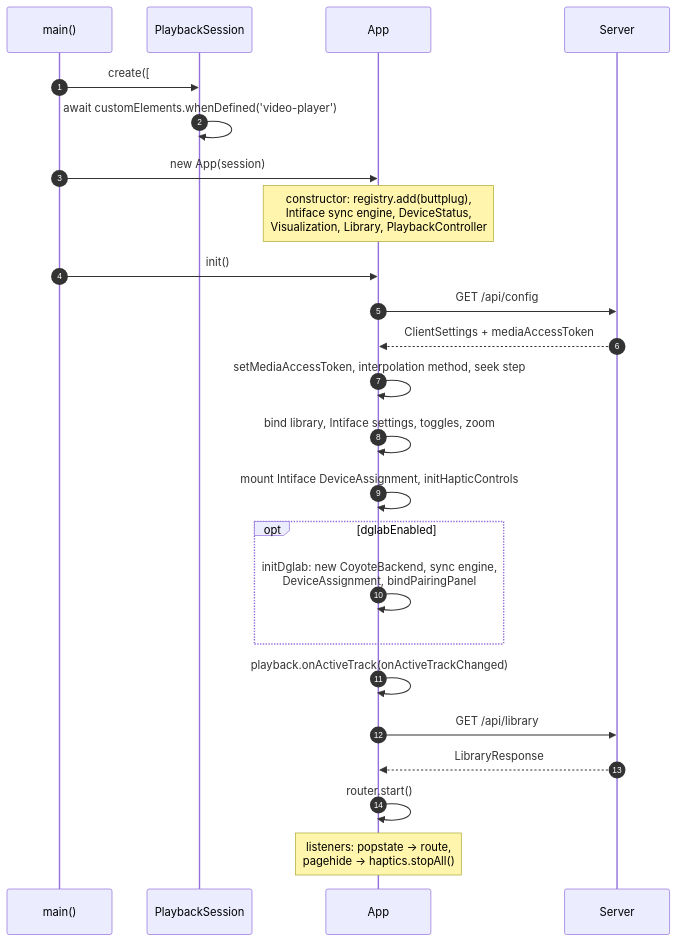
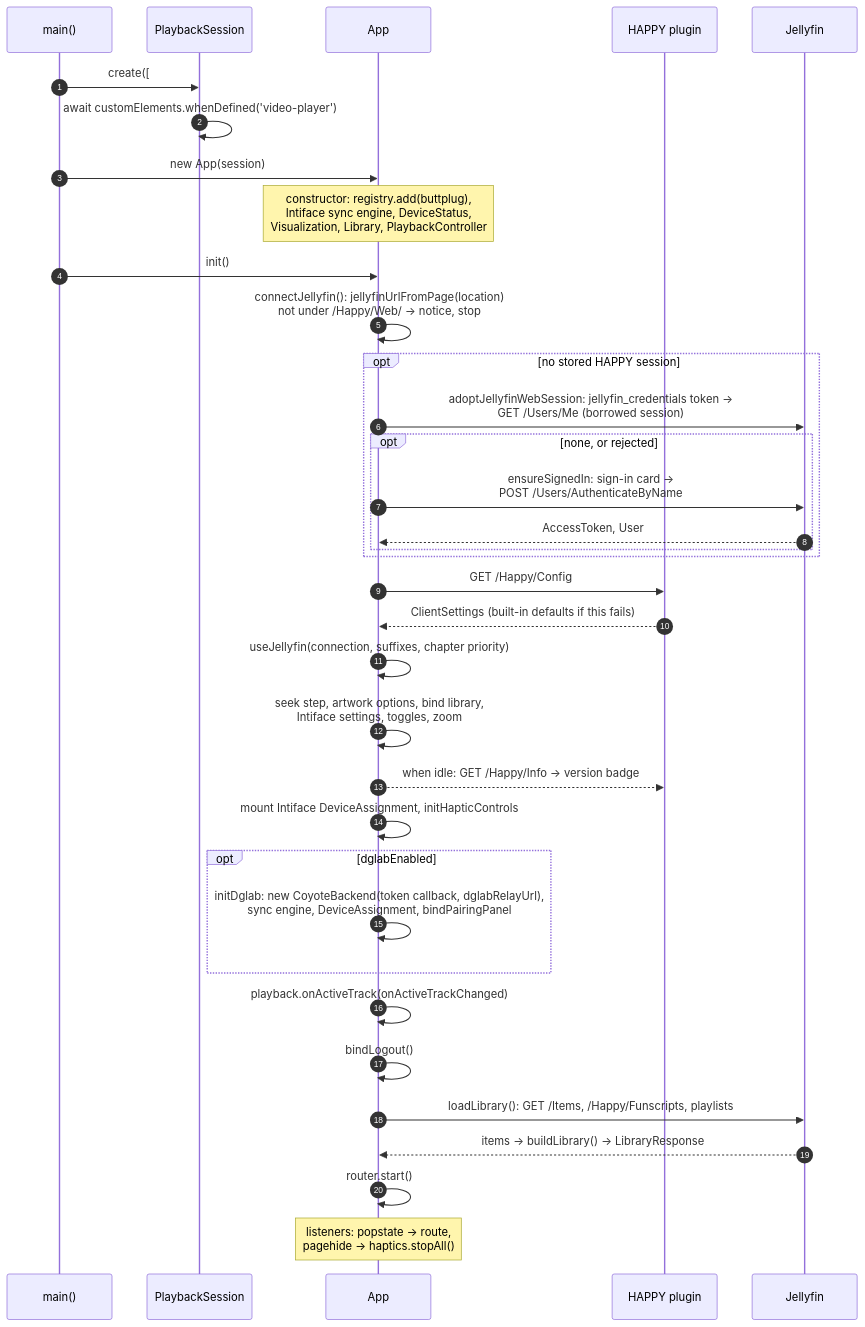
The second of 5 diagrams in docs/developer/client.md (lumbar-spine-support/docker-haptic-player), drawn with Mermaid before and after one commit. The commit also changed other lines of this file and 219 other files, not shown here.

````diff
--- a/docs/developer/client.md
+++ b/docs/developer/client.md
@@ -65,27 +81,38 @@
 ```mermaid
 sequenceDiagram
   autonumber
   participant M as main()
   participant PS as PlaybackSession
   participant A as App
-  participant S as Server
+  participant P as HAPPY plugin
+  participant J as Jellyfin
 
   M->>PS: create([#player-slot-a, #player-slot-b])
   PS->>PS: await customElements.whenDefined('video-player')
   M->>A: new App(session)
   Note over A: constructor: registry.add(buttplug),<br/>Intiface sync engine, DeviceStatus,<br/>Visualization, Library, PlaybackController
   M->>A: init()
-  A->>S: GET /api/config
-  S-->>A: ClientSettings + mediaAccessToken
-  A->>A: setMediaAccessToken, interpolation method, seek step
-  A->>A: bind library, Intiface settings, toggles, zoom
+  A->>A: connectJellyfin(): jellyfinUrlFromPage(location)<br/>not under /Happy/Web/ → notice, stop
+  opt no stored HAPPY session
+    A->>J: adoptJellyfinWebSession: jellyfin_credentials token →<br/>GET /Users/Me (borrowed session)
+    opt none, or rejected
+      A->>J: ensureSignedIn: sign-in card →<br/>POST /Users/AuthenticateByName
+      J-->>A: AccessToken, User
+    end
+  end
+  A->>P: GET /Happy/Config
+  P-->>A: ClientSettings (built-in defaults if this fails)
+  A->>A: useJellyfin(connection, suffixes, chapter priority)
+  A->>A: seek step, artwork options, bind library,<br/>Intiface settings, toggles, zoom
+  A-->>P: when idle: GET /Happy/Info → version badge
   A->>A: mount Intiface DeviceAssignment, initHapticControls
   opt dglabEnabled
-    A->>A: initDglab: new CoyoteBackend, sync engine,<br/>DeviceAssignment, bindPairingPanel
+    A->>A: initDglab: new CoyoteBackend(token callback, dglabRelayUrl),<br/>sync engine, DeviceAssignment, bindPairingPanel
   end
   A->>A: playback.onActiveTrack(onActiveTrackChanged)
-  A->>S: GET /api/library
-  S-->>A: LibraryResponse
+  A->>A: bindLogout()
+  A->>J: loadLibrary(): GET /Items, /Happy/Funscripts, playlists
+  J-->>A: items → buildLibrary() → LibraryResponse
   A->>A: router.start()
   Note over A: listeners: popstate → route,<br/>pagehide → haptics.stopAll()
 ```
````
